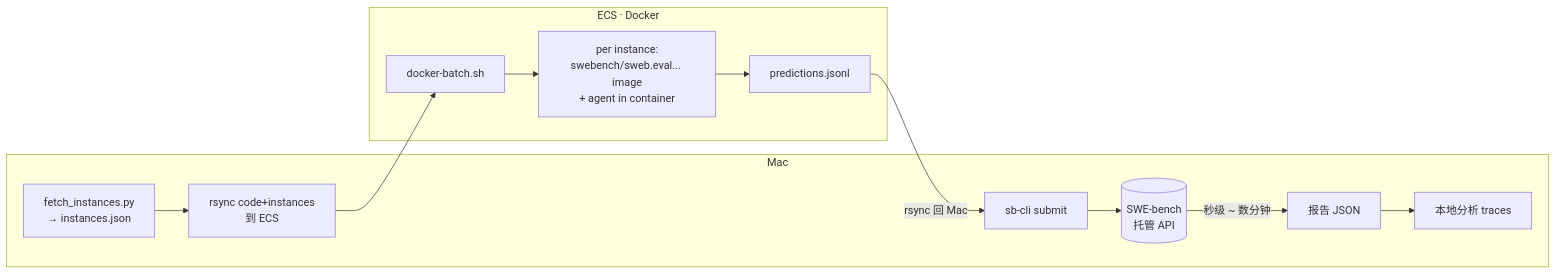
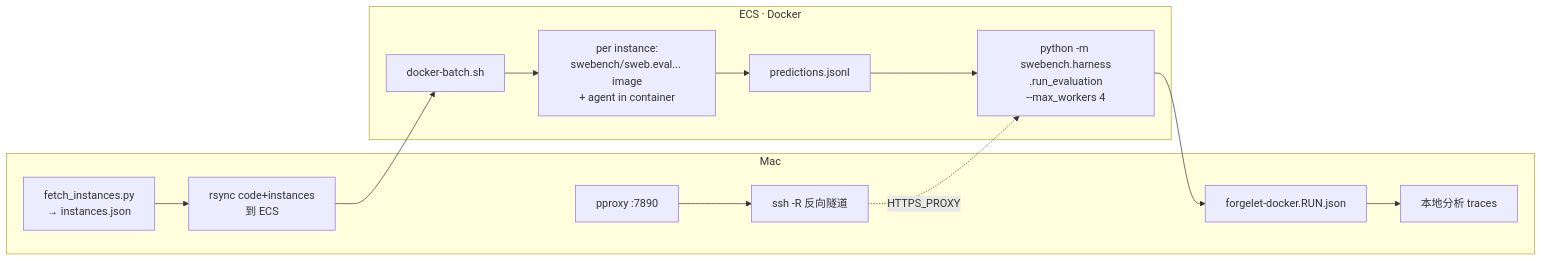
One commit to rikkiwang1224/coding-agent-chat-oss changed the diagram in packages/harness/eval/swe-bench/WORKFLOW.md. Above: the diagram before and after it, drawn with Mermaid. The commit also changed other lines of this file and 1 other file, not shown here.

First line of the commit message:
Pivot SWE-bench eval docs from sb-cli to ECS local harness.

````diff
--- a/packages/harness/eval/swe-bench/WORKFLOW.md
+++ b/packages/harness/eval/swe-bench/WORKFLOW.md
@@ -5,16 +7,19 @@
 ```mermaid
 flowchart LR
   subgraph mac [Mac]
     A1[fetch_instances.py<br>→ instances.json]
     A1 --> A2[rsync code+instances<br>到 ECS]
-    A5[sb-cli submit] --> API
-    R[报告 JSON] --> A6[本地分析 traces]
+    P1[pproxy :7890]
+    P2[ssh -R 反向隧道]
+    P1 --> P2
+    R[forgelet-docker.RUN.json] --> A6[本地分析 traces]
   end
   subgraph ecs [ECS · Docker]
     B1[docker-batch.sh] --> B2[per instance:<br>swebench/sweb.eval... image<br>+ agent in container]
     B2 --> B3[predictions.jsonl]
+    B3 --> B4[python -m swebench.harness<br>.run_evaluation<br>--max_workers 4]
+    B4 --> R
   end
   A2 --> B1
-  B3 -->|rsync 回 Mac| A5
-  API[(SWE-bench<br>托管 API)] -->|秒级 ~ 数分钟| R
+  P2 -.HTTPS_PROXY.-> B4
 ```
````
